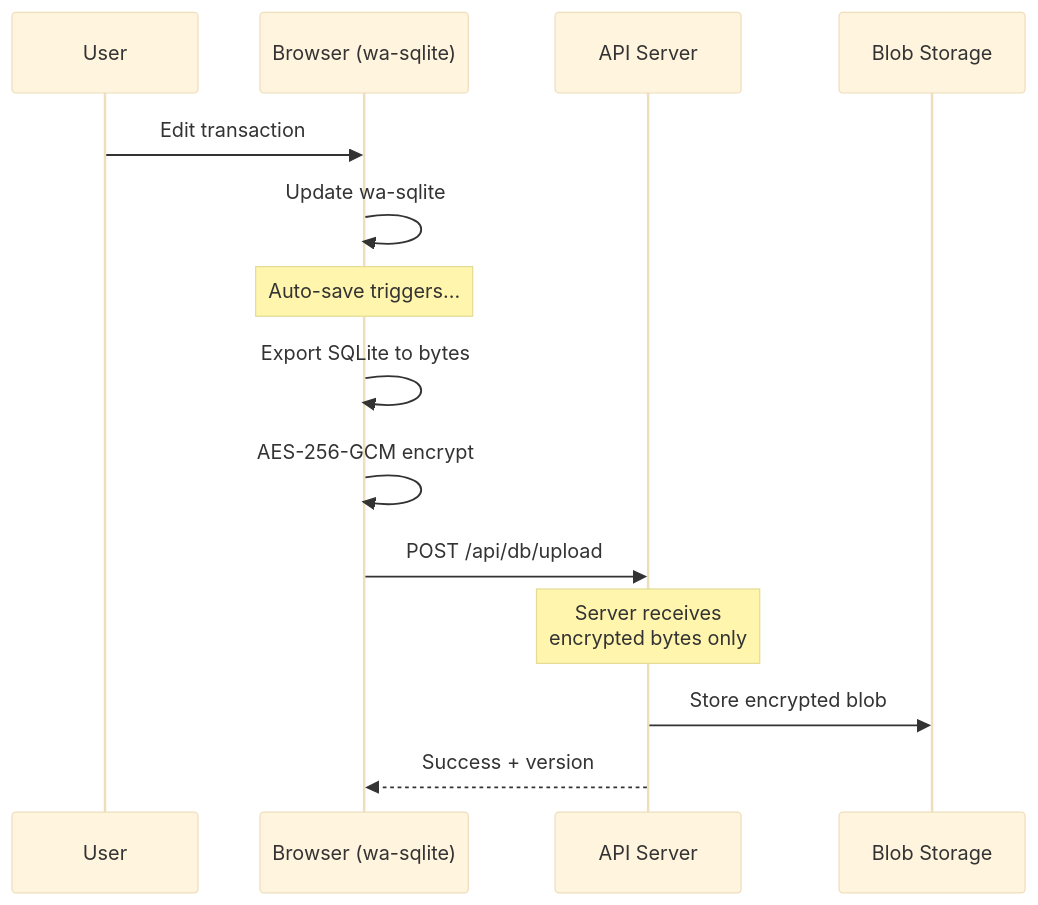
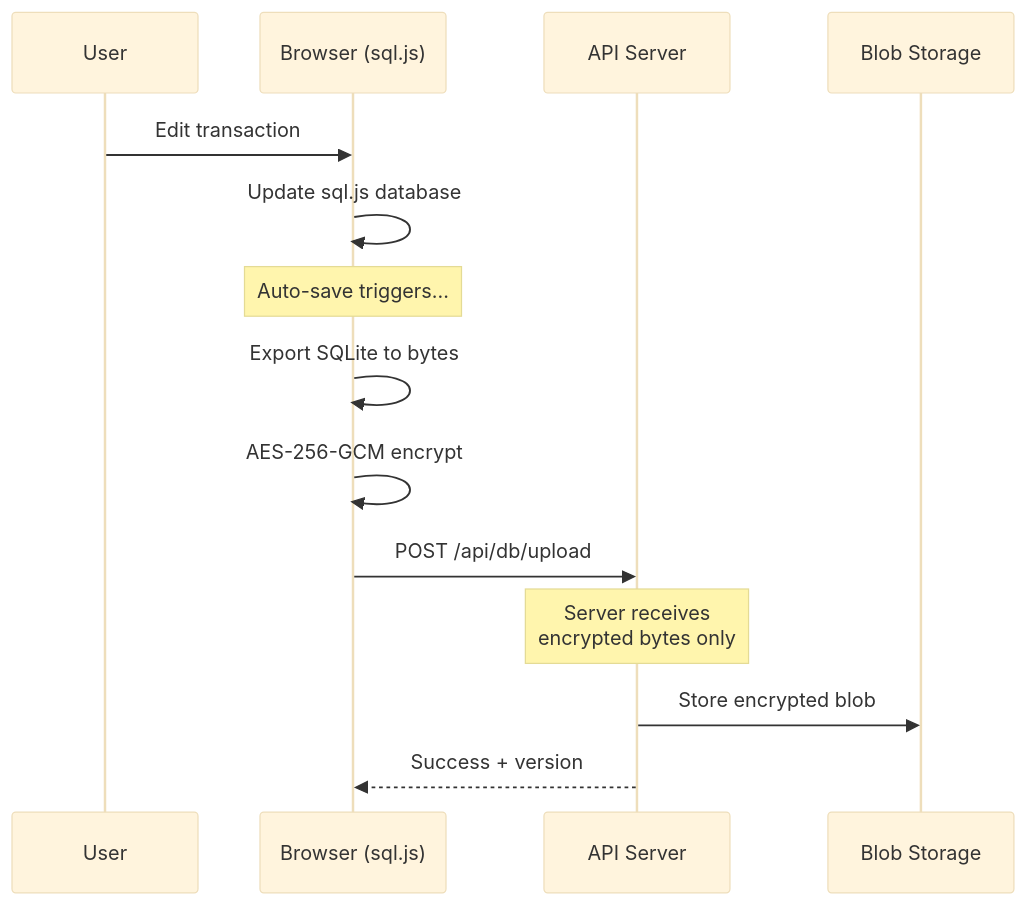
Before and after one commit to rohailaltaf/somar: the third of 5 diagrams in docs/architecture.md, drawn with Mermaid (base theme). The commit also changed other lines of this file and 2 other files, not shown here.

````diff
--- a/docs/architecture.md
+++ b/docs/architecture.md
@@ -69,19 +69,19 @@
 ```mermaid
 sequenceDiagram
     participant User
-    participant Browser as Browser (wa-sqlite)
+    participant Browser as Browser (sql.js)
     participant Server as API Server
     participant Storage as Blob Storage
-    
+
     User->>Browser: Edit transaction
-    Browser->>Browser: Update wa-sqlite
+    Browser->>Browser: Update sql.js database
     
     Note over Browser: Auto-save triggers...
     
     Browser->>Browser: Export SQLite to bytes
     Browser->>Browser: AES-256-GCM encrypt
     Browser->>Server: POST /api/db/upload
     Note over Server: Server receives<br/>encrypted bytes only
     Server->>Storage: Store encrypted blob
     Server-->>Browser: Success + version
 ```
````
